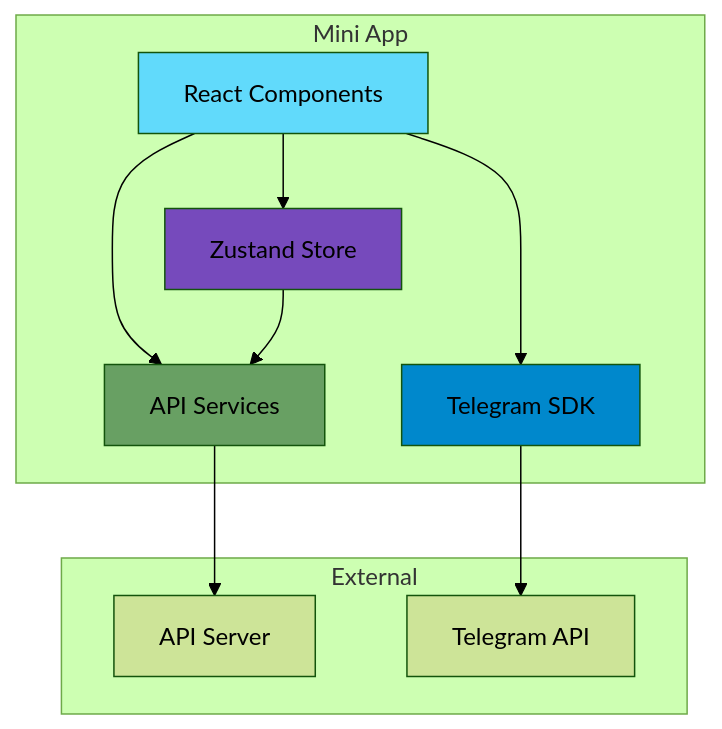
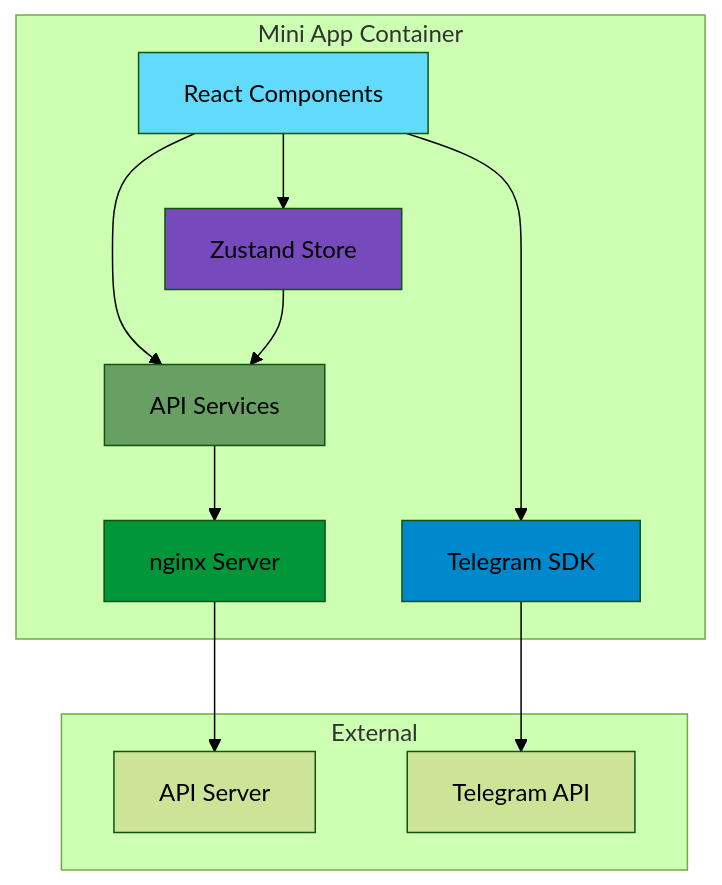
Before and after one commit to Zenderg/hookah-wishlist: the diagram in plans/06-mini-app.md, drawn with Mermaid (forest theme). The commit also changed other lines of this file and 17 other files, not shown here.

````diff
--- a/plans/06-mini-app.md
+++ b/plans/06-mini-app.md
@@ -54,26 +57,29 @@
 ```mermaid
 graph TB
-    subgraph "Mini App"
+    subgraph "Mini App Container"
         A[React Components]
         B[Zustand Store]
         C[API Services]
         D[Telegram SDK]
+        E[nginx Server]
     end
     
     subgraph "External"
-        E[API Server]
-        F[Telegram API]
+        F[API Server]
+        G[Telegram API]
     end
     
     A --> B
     A --> C
     A --> D
     B --> C
     C --> E
-    D --> F
+    E --> F
+    D --> G
     
     style A fill:#61dafb
     style B fill:#764abc
     style C fill:#68a063
     style D fill:#0088cc
+    style E fill:#009639
 ```
````
